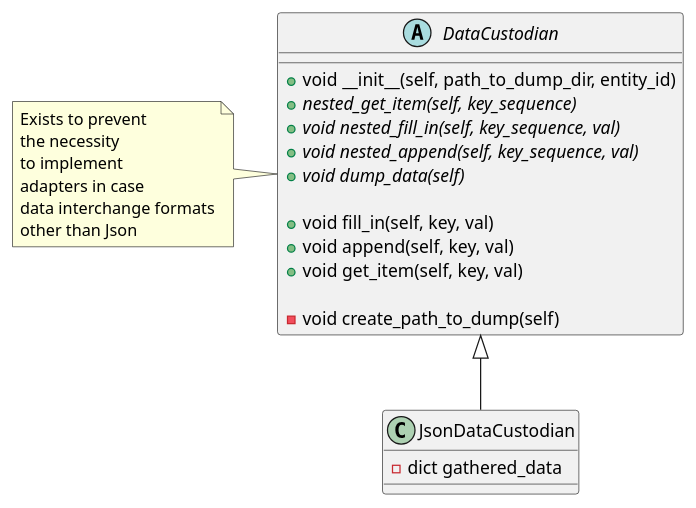
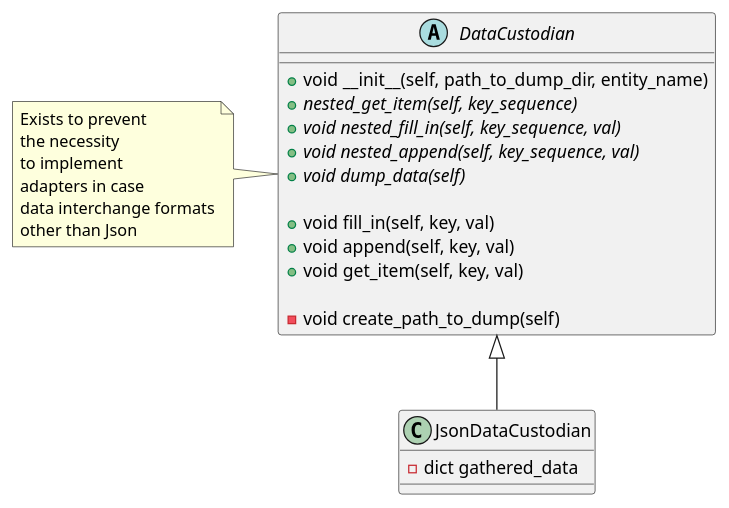
The diagram in Interface/CmdLineIF/DataCustodian/Class_DataCustodian.puml (IgorZhiltsoff/TPy_project), drawn with PlantUML before and after one commit. The commit also changed 13 other files, not shown here.

```diff
--- a/Interface/CmdLineIF/DataCustodian/Class_DataCustodian.puml
+++ b/Interface/CmdLineIF/DataCustodian/Class_DataCustodian.puml
@@ -1,33 +1,33 @@
 @startuml
 'https://plantuml.com/class-diagram
 
 abstract class DataCustodian {
-    +void __init__(self, path_to_dump_dir, entity_id)
+    +void __init__(self, path_to_dump_dir, entity_name)
     +{abstract} nested_get_item(self, key_sequence)
     +{abstract} void nested_fill_in(self, key_sequence, val)
     +{abstract} void nested_append(self, key_sequence, val)
     +{abstract} void dump_data(self)
 
     +void fill_in(self, key, val)
     +void append(self, key, val)
     +void get_item(self, key, val)
 
     -void create_path_to_dump(self)
 }
 
 note left of DataCustodian
 Exists to prevent
 the necessity
 to implement
 adapters in case
 data interchange formats
 other than Json
 end note
 
 class JsonDataCustodian {
     -dict gathered_data
 }
 
 DataCustodian <|-- JsonDataCustodian
 
 @enduml
```
